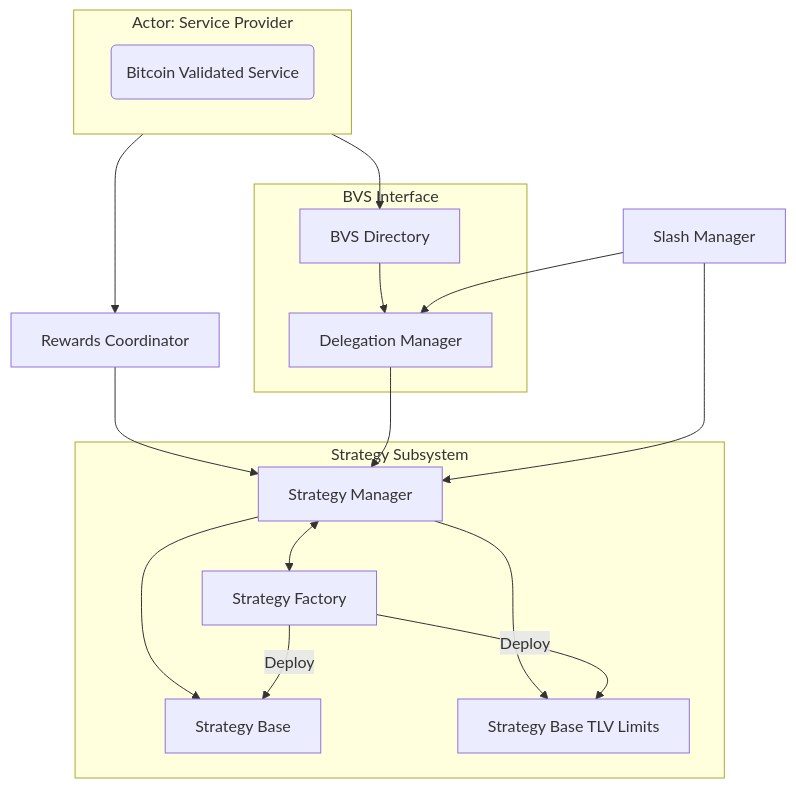
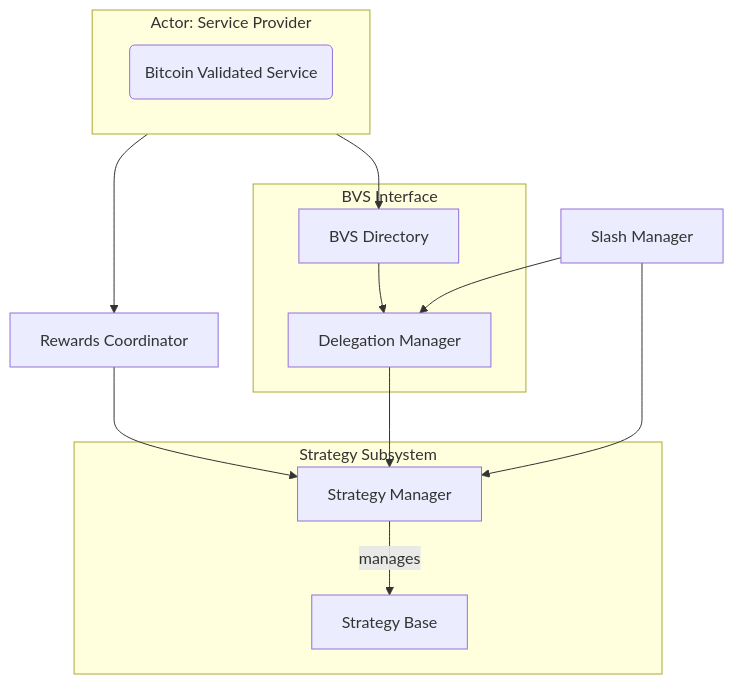
Before and after one commit to satlayer/satlayer-bvs: the diagram in crates/README.md, drawn with Mermaid. The commit also changed other lines of this file and 1 other file, not shown here.

````diff
--- a/crates/README.md
+++ b/crates/README.md
@@ -11,35 +11,29 @@
 ```mermaid
 flowchart TD
 %% Nodes
     BVS("Bitcoin Validated Service")
     DI["BVS Directory"]
     DM["Delegation Manager"]
     SM["Strategy Manager"]
-    SF["Strategy Factory"]
     SB["Strategy Base"]
-    SBT["Strategy Base TLV Limits"]
     SL["Slash Manager"]
     RC["Rewards Coordinator"]
 
 
 %% Edge connections between nodes
     subgraph SP[Actor: Service Provider]
     BVS
     end
     subgraph IN["BVS Interface"]
     DI --> DM
     end
     subgraph Strategy Subsystem
-    SM --> SB
-    SM --> SBT
-    SM <--> SF
-    SF -->|Deploy| SB
-    SF -->|Deploy| SBT
+    SM -->|manages| SB
     end
     SL --> DM
     RC --> SM
     SP --> RC
     DM --> SM
     SP --> DI
     SL --> SM
 ```
````
